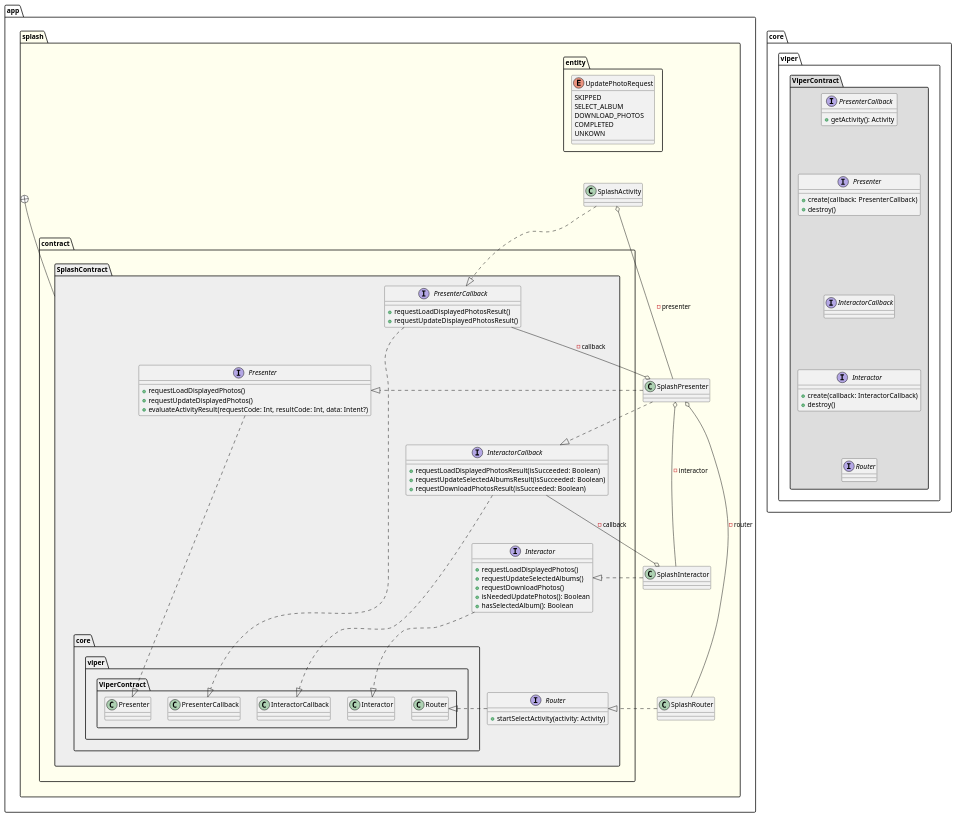
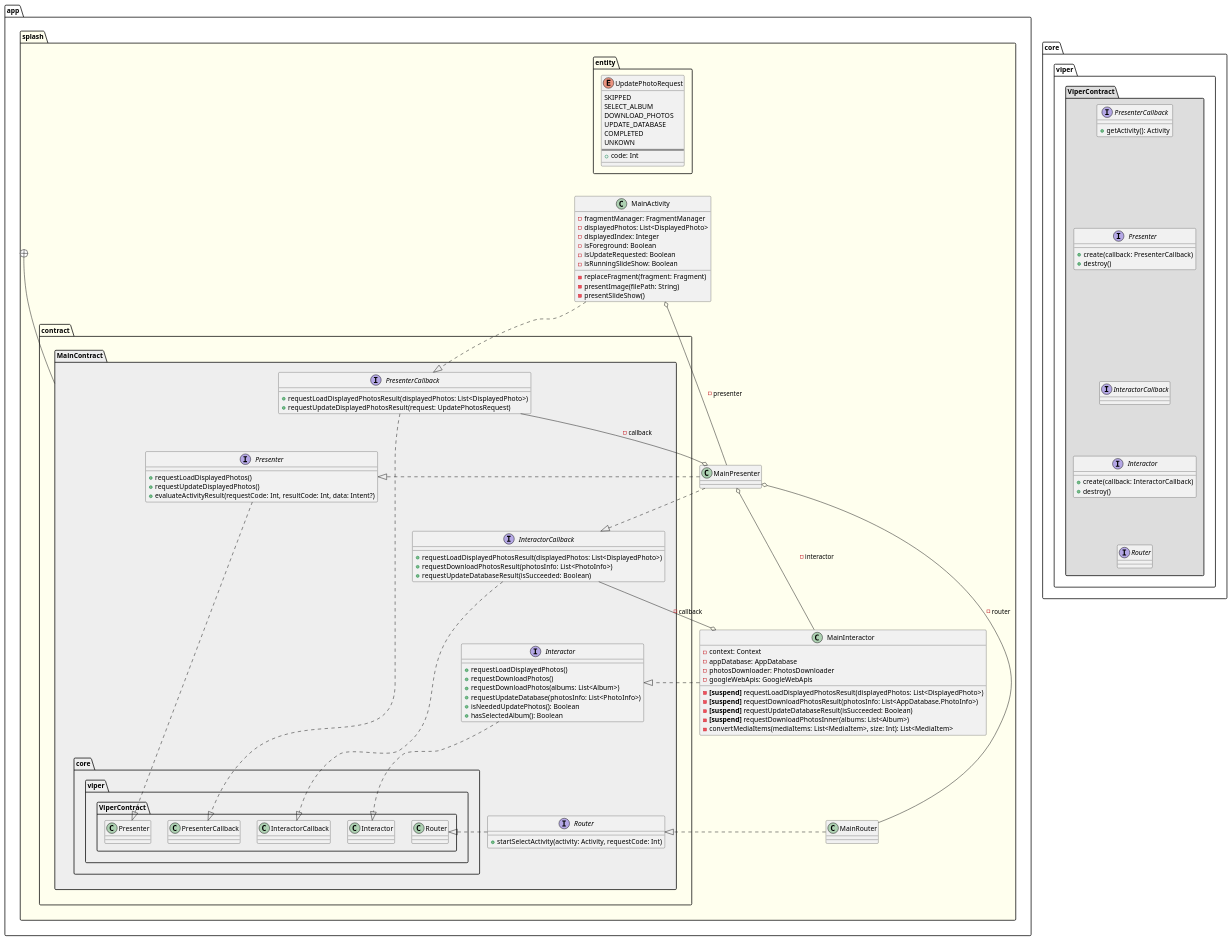
The diagram in uml/main/class_diagram_main_viper.md (sallyluenoa/PhotoSlideShow), drawn with PlantUML before and after one commit. The commit also changed 12 other files, not shown here.

First line of the commit message:
Write UML for design #13

```diff
--- a/uml/main/class_diagram_main_viper.md
+++ b/uml/main/class_diagram_main_viper.md
@@ -1,59 +1,89 @@
 @startuml
 namespace app.splash #FFFFEE {
-  SplashActivity o-- SplashPresenter: -presenter
-  SplashPresenter o--- SplashInteractor: -interactor
-  SplashPresenter o---- SplashRouter: -router
-
-  SplashPresenter .|> app.splash.contract.SplashContract.Presenter
-  SplashInteractor .|> app.splash.contract.SplashContract.Interactor
-  SplashRouter .|> app.splash.contract.SplashContract.Router
-
-  SplashActivity ..|> app.splash.contract.SplashContract.PresenterCallback
-  SplashPresenter o-- app.splash.contract.SplashContract.PresenterCallback: -callback
-  SplashPresenter ..|> app.splash.contract.SplashContract.InteractorCallback
-  SplashInteractor o-- app.splash.contract.SplashContract.InteractorCallback: -callback
-
-  app.splash.contract.SplashContract.Presenter -[hidden]> SplashPresenter
-  app.splash.contract.SplashContract.Interactor -[hidden]> SplashInteractor
-  app.splash.contract.SplashContract.Router -[hidden]> SplashRouter
-
   namespace entity {
     enum UpdatePhotoRequest {
       SKIPPED
       SELECT_ALBUM
       DOWNLOAD_PHOTOS
+      UPDATE_DATABASE
       COMPLETED
       UNKOWN
+      ==
+      + code: Int
+      __
     }
 
-    UpdatePhotoRequest -[hidden]-> app.splash.SplashActivity
+    UpdatePhotoRequest -[hidden]-> app.splash.MainActivity
   }
+
+  class MainActivity {
+    - fragmentManager: FragmentManager
+    - displayedPhotos: List<DisplayedPhoto>
+    - displayedIndex: Integer
+    - isForeground: Boolean
+    - isUpdateRequested: Boolean
+    - isRunningSlideShow: Boolean
+    - replaceFragment(fragment: Fragment)
+    - presentImage(filePath: String)
+    - presentSlideShow()
+  }
+  class MainPresenter
+  class MainInteractor {
+    - context: Context
+    - appDatabase: AppDatabase
+    - photosDownloader: PhotosDownloader
+    - googleWebApis: GoogleWebApis
+    - <b>[suspend]</b> requestLoadDisplayedPhotosResult(displayedPhotos: List<DisplayedPhoto>)
+    - <b>[suspend]</b> requestDownloadPhotosResult(photosInfo: List<AppDatabase.PhotoInfo>)
+    - <b>[suspend]</b> requestUpdateDatabaseResult(isSucceeded: Boolean)
+    - <b>[suspend]</b> requestDownloadPhotosInner(albums: List<Album>)
+    - convertMediaItems(mediaItems: List<MediaItem>, size: Int): List<MediaItem>
+  }
+  class MainRouter
+
+  MainActivity o-- MainPresenter: - presenter
+  MainPresenter o--- MainInteractor: - interactor
+  MainPresenter o---- MainRouter: - router
+
+  MainPresenter .|> app.splash.contract.MainContract.Presenter
+  MainInteractor .|> app.splash.contract.MainContract.Interactor
+  MainRouter .|> app.splash.contract.MainContract.Router
+
+  MainActivity ..|> app.splash.contract.MainContract.PresenterCallback
+  MainPresenter o-- app.splash.contract.MainContract.PresenterCallback: - callback
+  MainPresenter ..|> app.splash.contract.MainContract.InteractorCallback
+  MainInteractor o-- app.splash.contract.MainContract.InteractorCallback: - callback
+
+  app.splash.contract.MainContract.Presenter -[hidden]> MainPresenter
+  app.splash.contract.MainContract.Interactor -[hidden]> MainInteractor
+  app.splash.contract.MainContract.Router -[hidden]> MainRouter
 }
 
-namespace app.splash.contract.SplashContract #EEEEEE {
+namespace app.splash.contract.MainContract #EEEEEE {
   interface Presenter {
     + requestLoadDisplayedPhotos()
     + requestUpdateDisplayedPhotos()
     + evaluateActivityResult(requestCode: Int, resultCode: Int, data: Intent?)
   }
   interface PresenterCallback {
-    + requestLoadDisplayedPhotosResult()
-    + requestUpdateDisplayedPhotosResult()
+    + requestLoadDisplayedPhotosResult(displayedPhotos: List<DisplayedPhoto>)
+    + requestUpdateDisplayedPhotosResult(request: UpdatePhotosRequest)
   }
   interface Interactor {
     + requestLoadDisplayedPhotos()
-    + requestUpdateSelectedAlbums()
     + requestDownloadPhotos()
+    + requestDownloadPhotos(albums: List<Album>)
+    + requestUpdateDatabase(photosInfo: List<PhotoInfo>)
     + isNeededUpdatePhotos(): Boolean
     + hasSelectedAlbum(): Boolean
   }
   interface InteractorCallback {
-    + requestLoadDisplayedPhotosResult(isSucceeded: Boolean)
-    + requestUpdateSelectedAlbumsResult(isSucceeded: Boolean)
-    + requestDownloadPhotosResult(isSucceeded: Boolean)
+    + requestLoadDisplayedPhotosResult(displayedPhotos: List<DisplayedPhoto>)
+    + requestDownloadPhotosResult(photosInfo: List<PhotoInfo>)
+    + requestUpdateDatabaseResult(isSucceeded: Boolean)
   }
   interface Router {
-    + startSelectActivity(activity: Activity)
+    + startSelectActivity(activity: Activity, requestCode: Int)
   }
 
   PresenterCallback -[hidden]-> Presenter
@@ -68,7 +98,7 @@
   Router .|> core.viper.ViperContract.Router
 }
 
-app.splash +-- app.splash.contract.SplashContract
+app.splash +-- app.splash.contract.MainContract
 
 namespace core.viper.ViperContract #DDDDDD {
   interface Presenter {
```
